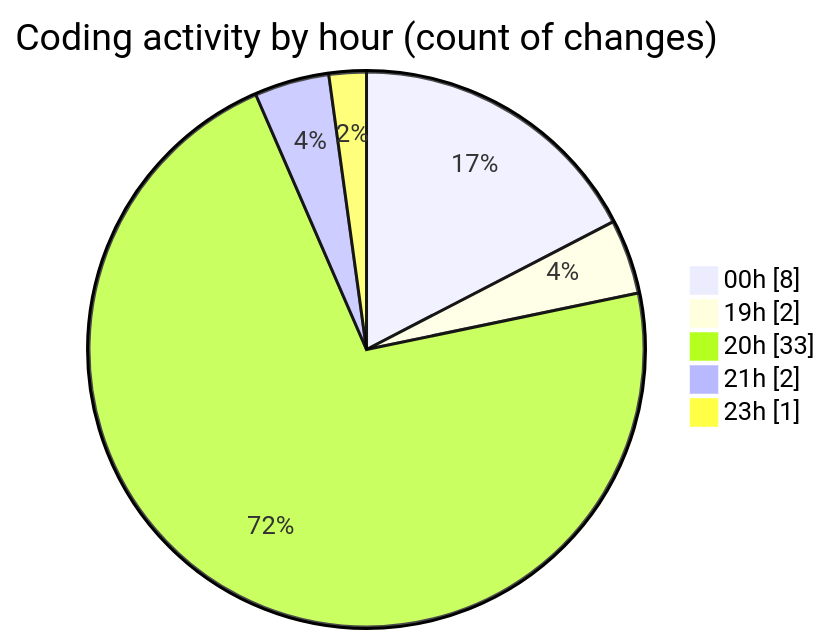
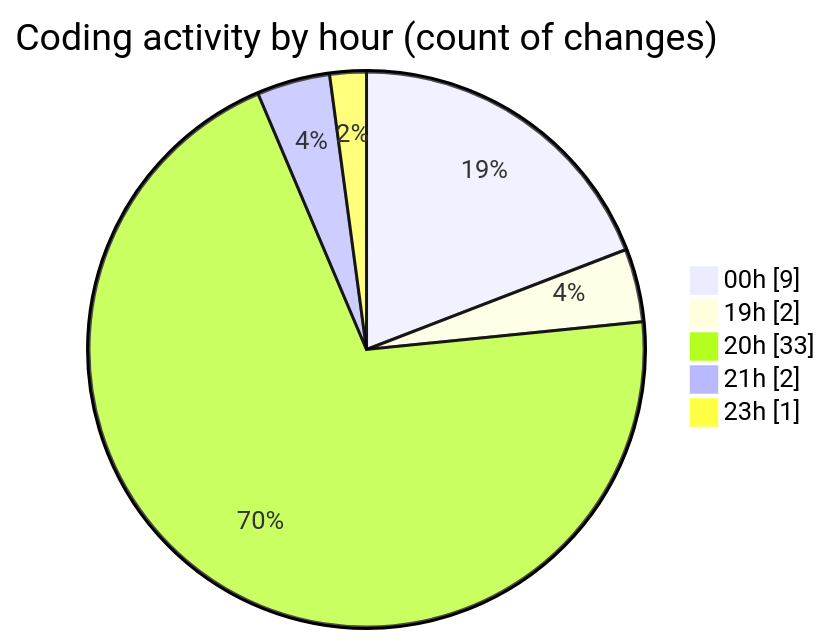
Before and after one commit to ernivani/code-tracking: the second of 2 diagrams in 2024-12-29/my-code-activity-ext/README.md, drawn with Mermaid. The commit also changed other lines of this file and 2 other files, not shown here.

````diff
--- a/2024-12-29/my-code-activity-ext/README.md
+++ b/2024-12-29/my-code-activity-ext/README.md
@@ -48,9 +48,9 @@
 ```mermaid
 pie showData
 title Coding activity by hour (count of changes)
-"00h" : 8
+"00h" : 9
 "19h" : 2
 "20h" : 33
 "21h" : 2
 "23h" : 1
 ```
````
